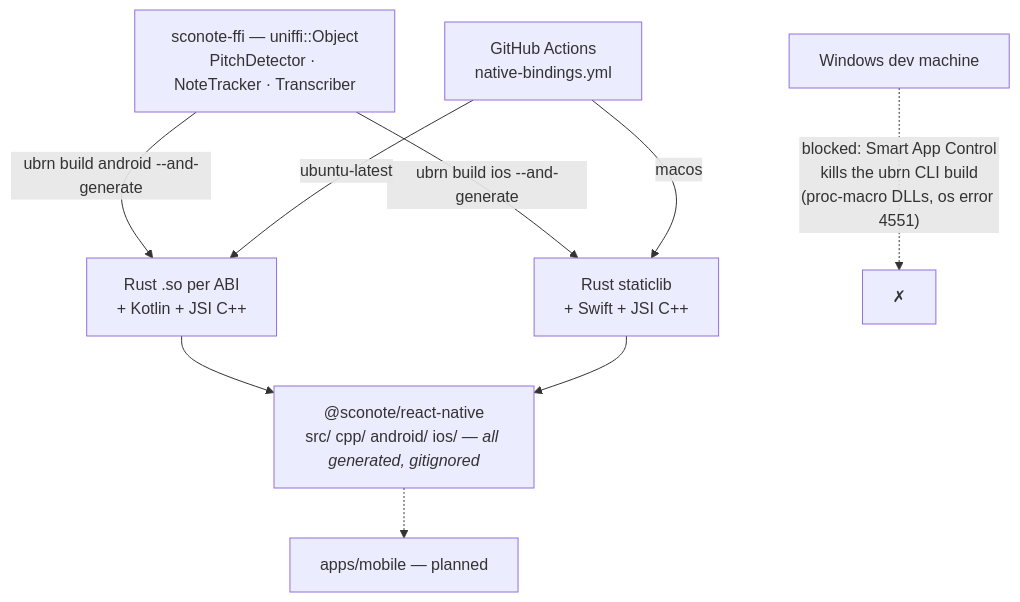
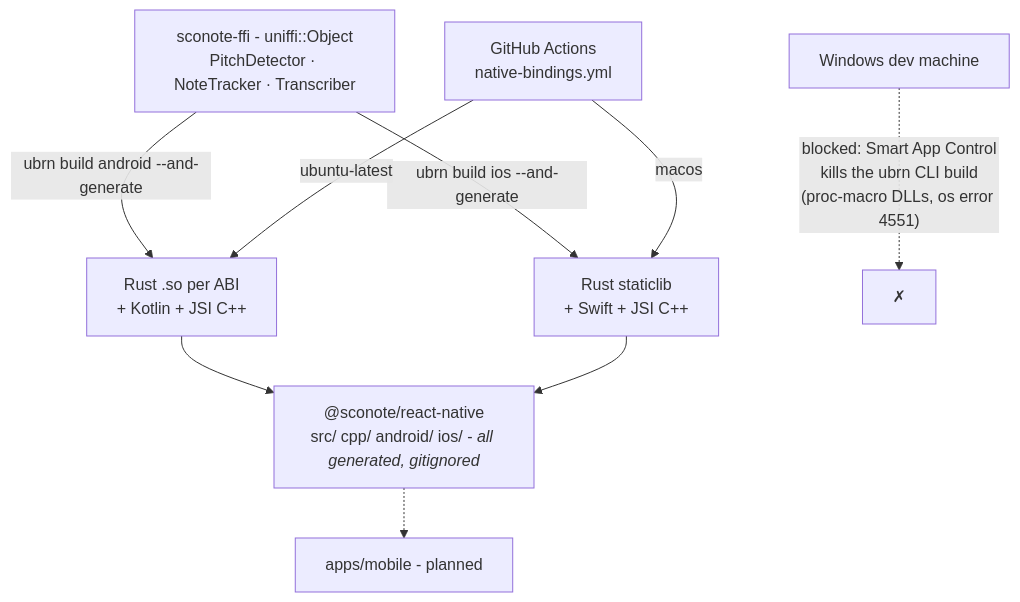
Before and after one commit to soroush-tech/sconote: the seventh of 8 diagrams in README.md, drawn with Mermaid. The commit also changed other lines of this file and 36 other files, not shown here.

````diff
--- a/README.md
+++ b/README.md
@@ -285,13 +285,13 @@
 ```mermaid
 flowchart TD
-    FFI["sconote-ffi — uniffi::Object<br/>PitchDetector · NoteTracker · Transcriber"]
+    FFI["sconote-ffi - uniffi::Object<br/>PitchDetector · NoteTracker · Transcriber"]
     FFI -->|"ubrn build android --and-generate"| AND["Rust .so per ABI<br/>+ Kotlin + JSI C++"]
     FFI -->|"ubrn build ios --and-generate"| IOS["Rust staticlib<br/>+ Swift + JSI C++"]
-    AND --> RN["@sconote/react-native<br/>src/ cpp/ android/ ios/ — <i>all generated, gitignored</i>"]
+    AND --> RN["@sconote/react-native<br/>src/ cpp/ android/ ios/ - <i>all generated, gitignored</i>"]
     IOS --> RN
-    RN -.-> MOB["apps/mobile — planned"]
+    RN -.-> MOB["apps/mobile - planned"]
 
     WIN["Windows dev machine"] -.->|"blocked: Smart App Control<br/>kills the ubrn CLI build<br/>(proc-macro DLLs, os error 4551)"| X["✗"]
     CI["GitHub Actions<br/>native-bindings.yml"] -->|ubuntu-latest| AND
     CI -->|macos| IOS
 ```
````
